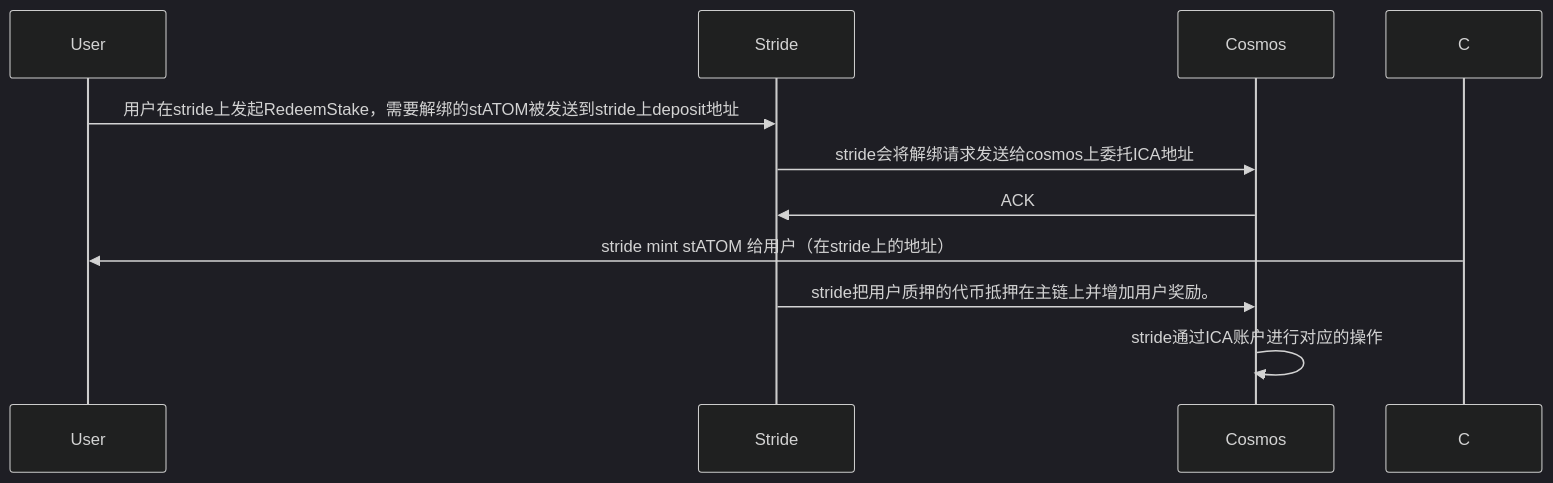
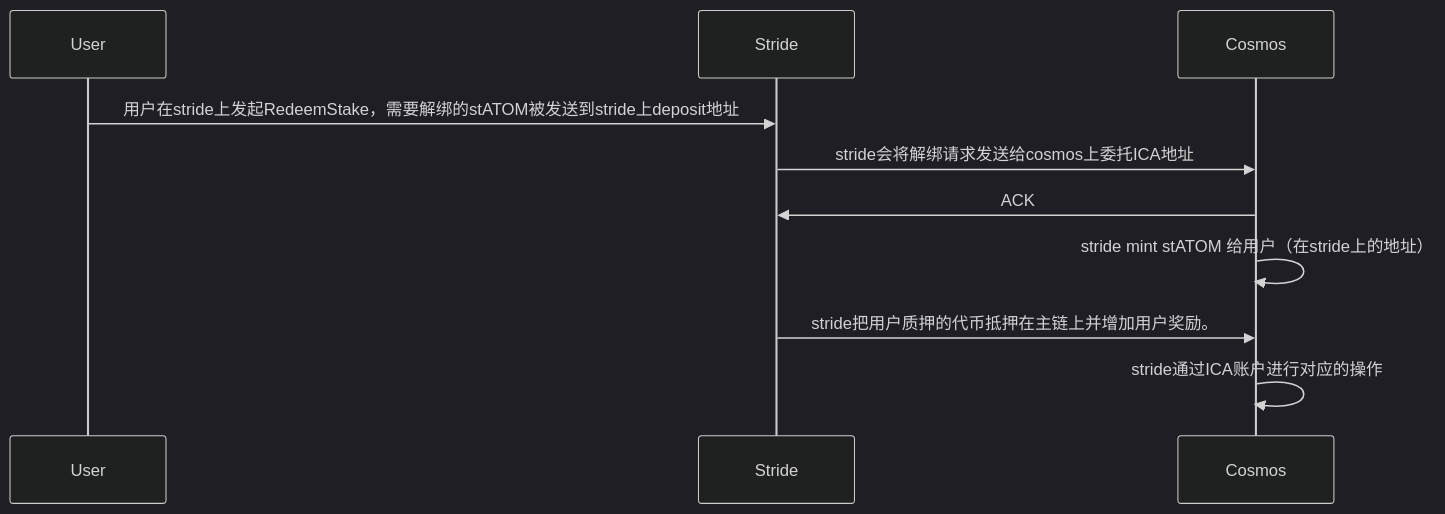
Before and after one commit to yingjianzh/iodraw-files: the diagram in all/unbonding.md, drawn with Mermaid (dark theme).

Commit message:
2024-03-28 15:09:10 update

````diff
--- a/all/unbonding.md
+++ b/all/unbonding.md
@@ -1,9 +1,9 @@
 ```mermaid
 sequenceDiagram
     User->>Stride: 用户在stride上发起RedeemStake，需要解绑的stATOM被发送到stride上deposit地址
     Stride->>Cosmos: stride会将解绑请求发送给cosmos上委托ICA地址
     Cosmos->>Stride: ACK
-    C->>User: stride mint stATOM 给用户（在stride上的地址）
+    Cosmos->>Cosmos: stride mint stATOM 给用户（在stride上的地址）
     Stride->>Cosmos: stride把用户质押的代币抵押在主链上并增加用户奖励。
     Cosmos->>Cosmos: stride通过ICA账户进行对应的操作
 ```
````
